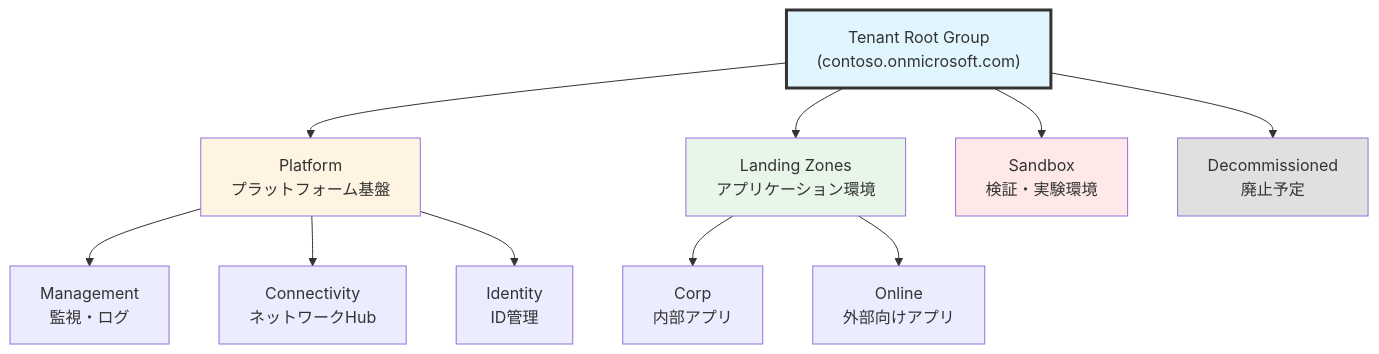
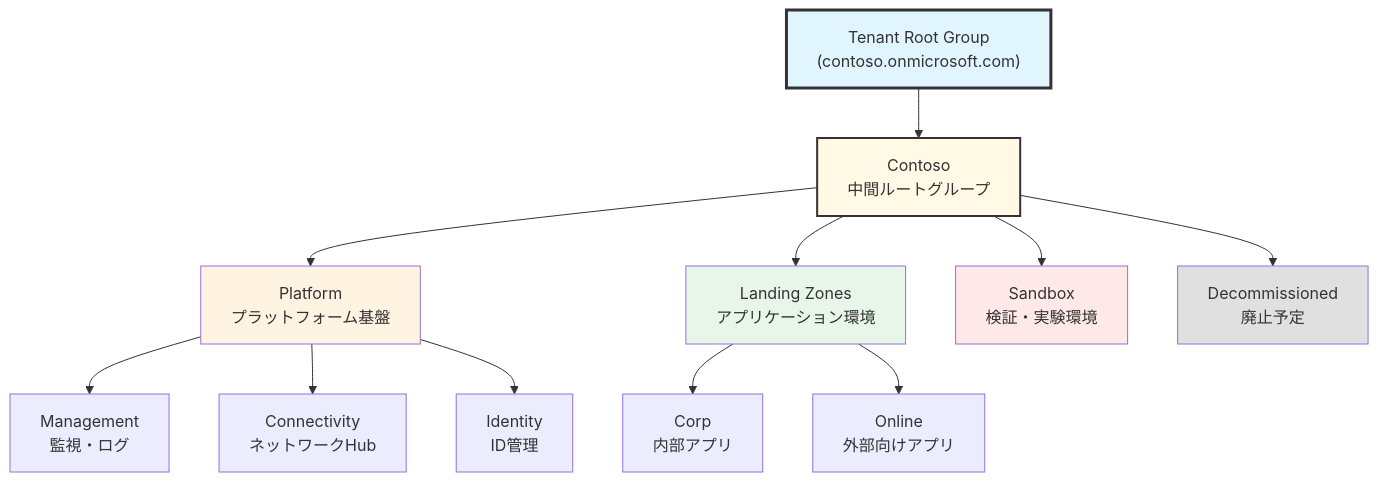
Before and after one commit to shuhei0720/azure_caf_handson: the second of 2 diagrams in docs/chapters/chapter05-management-groups.md, drawn with Mermaid. The commit also changed other lines of this file and 1 other file, not shown here.

Commit message:
修正: 中間ルート管理グループ(Contoso)を追加し、CAF推奨の階層構造に変更。ロール割り当てを中間ルートグループに対して実行するよう修正

````diff
--- a/docs/chapters/chapter05-management-groups.md
+++ b/docs/chapters/chapter05-management-groups.md
@@ -77,22 +77,25 @@
 ```mermaid
 graph TB
     Root["Tenant Root Group<br/>(contoso.onmicrosoft.com)"]
 
-    Root --> Platform["Platform<br/>プラットフォーム基盤"]
-    Root --> LandingZones["Landing Zones<br/>アプリケーション環境"]
-    Root --> Sandbox["Sandbox<br/>検証・実験環境"]
-    Root --> Decommissioned["Decommissioned<br/>廃止予定"]
+    Root --> IntermediateRoot["Contoso<br/>中間ルートグループ"]
+
+    IntermediateRoot --> Platform["Platform<br/>プラットフォーム基盤"]
+    IntermediateRoot --> LandingZones["Landing Zones<br/>アプリケーション環境"]
+    IntermediateRoot --> Sandbox["Sandbox<br/>検証・実験環境"]
+    IntermediateRoot --> Decommissioned["Decommissioned<br/>廃止予定"]
 
     Platform --> PlatformMgmt["Management<br/>監視・ログ"]
     Platform --> PlatformConn["Connectivity<br/>ネットワークHub"]
     Platform --> PlatformId["Identity<br/>ID管理"]
 
     LandingZones --> LZCorp["Corp<br/>内部アプリ"]
     LandingZones --> LZOnline["Online<br/>外部向けアプリ"]
 
     style Root fill:#e1f5ff,stroke:#333,stroke-width:3px
+    style IntermediateRoot fill:#fff9e6,stroke:#333,stroke-width:2px
     style Platform fill:#fff4e1
     style LandingZones fill:#e8f5e9
     style Sandbox fill:#ffe8e8
     style Decommissioned fill:#e0e0e0
 ```
````
